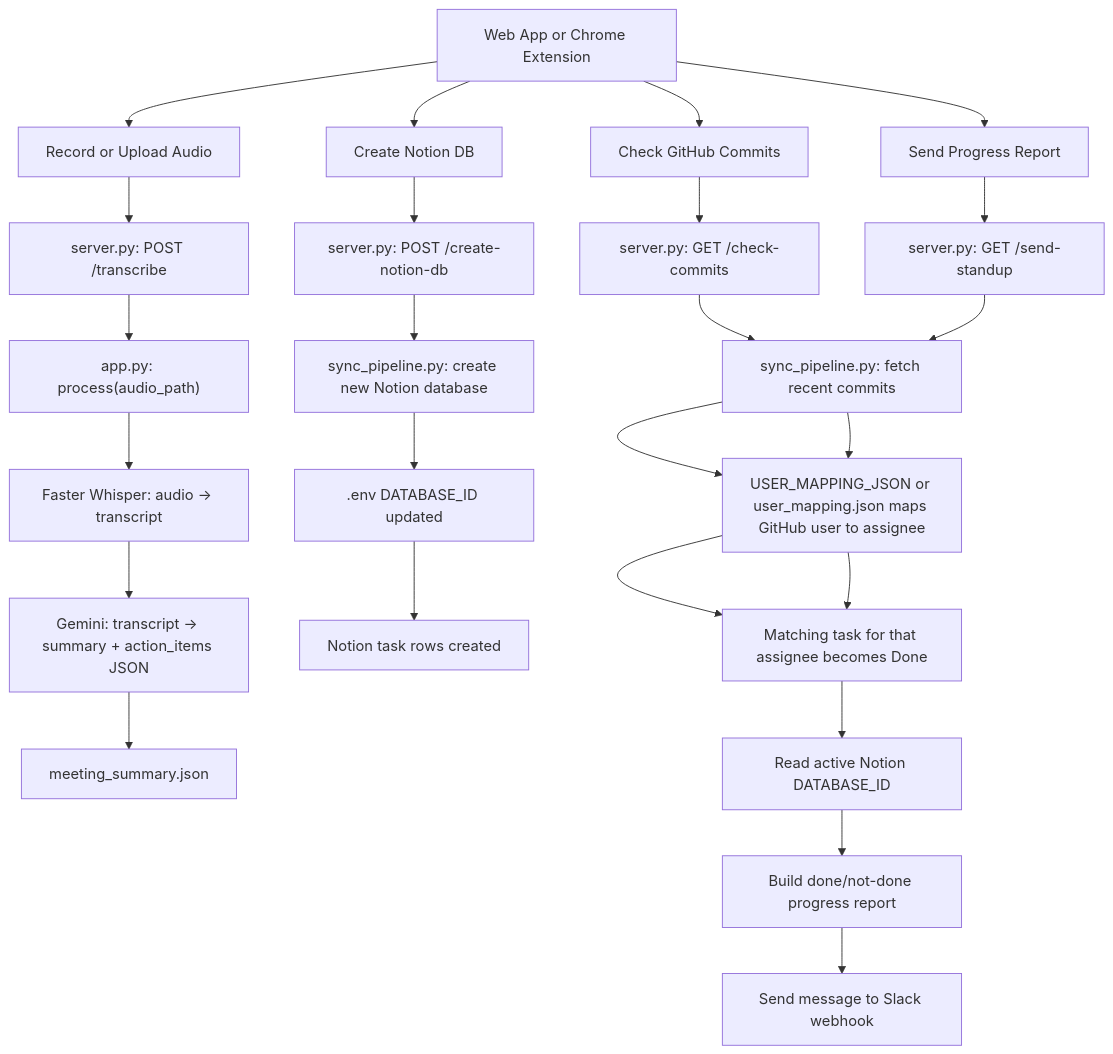
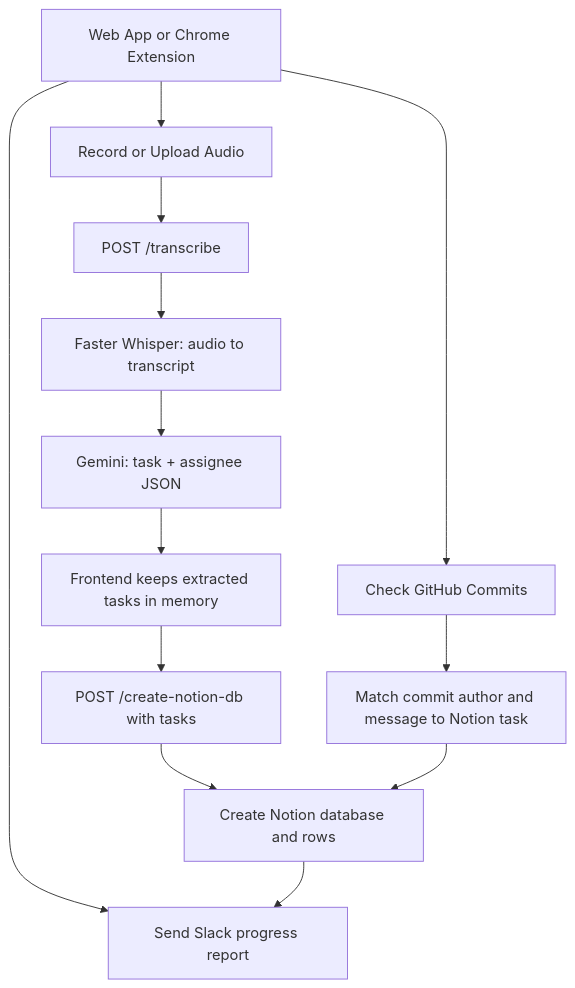
The diagram in workflow_docs/end_to_end_workflow.md (sahelikundu22/Auralix.ai), drawn with Mermaid before and after one commit. The commit also changed other lines of this file and 11 other files, not shown here.

````diff
--- a/workflow_docs/end_to_end_workflow.md
+++ b/workflow_docs/end_to_end_workflow.md
@@ -13,32 +7,19 @@
 ```mermaid
 flowchart TD
   UI["Web App or Chrome Extension"]
   Upload["Record or Upload Audio"]
-  ServerTranscribe["server.py: POST /transcribe"]
-  AppProcess["app.py: process(audio_path)"]
-  Whisper["Faster Whisper: audio -> transcript"]
-  Gemini["Gemini: transcript -> summary + action_items JSON"]
-  SummaryFile["meeting_summary.json"]
-  CreateDbBtn["Create Notion DB"]
-  CreateDbRoute["server.py: POST /create-notion-db"]
-  CreateDb["sync_pipeline.py: create new Notion database"]
-  EnvDb[".env DATABASE_ID updated"]
-  NotionTasks["Notion task rows created"]
+  Transcribe["POST /transcribe"]
+  Whisper["Faster Whisper: audio to transcript"]
+  Gemini["Gemini: task + assignee JSON"]
+  Memory["Frontend keeps extracted tasks in memory"]
+  CreateDb["POST /create-notion-db with tasks"]
+  NotionDb["Create Notion database and rows"]
+  Github["Check GitHub Commits"]
+  Match["Match commit author and message to Notion task"]
+  Slack["Send Slack progress report"]
 
-  CheckBtn["Check GitHub Commits"]
-  CheckRoute["server.py: GET /check-commits"]
-  FetchCommits["sync_pipeline.py: fetch recent commits"]
-  MapUser["USER_MAPPING_JSON or user_mapping.json maps GitHub user to assignee"]
-  UpdateNotion["Matching task for that assignee becomes Done"]
-
-  SlackBtn["Send Progress Report"]
-  SlackRoute["server.py: GET /send-standup"]
-  ReadNotion["Read active Notion DATABASE_ID"]
-  FormatReport["Build done/not-done progress report"]
-  SendSlack["Send message to Slack webhook"]
-
-  UI --> Upload --> ServerTranscribe --> AppProcess --> Whisper --> Gemini --> SummaryFile
-  UI --> CreateDbBtn --> CreateDbRoute --> CreateDb --> EnvDb --> NotionTasks
-  UI --> CheckBtn --> CheckRoute --> FetchCommits --> MapUser --> UpdateNotion
-  UI --> SlackBtn --> SlackRoute --> FetchCommits --> MapUser --> UpdateNotion --> ReadNotion --> FormatReport --> SendSlack
+  UI --> Upload --> Transcribe --> Whisper --> Gemini --> Memory --> CreateDb --> NotionDb
+  UI --> Github --> Match --> NotionDb
+  UI --> Slack
+  NotionDb --> Slack
 ```
````
